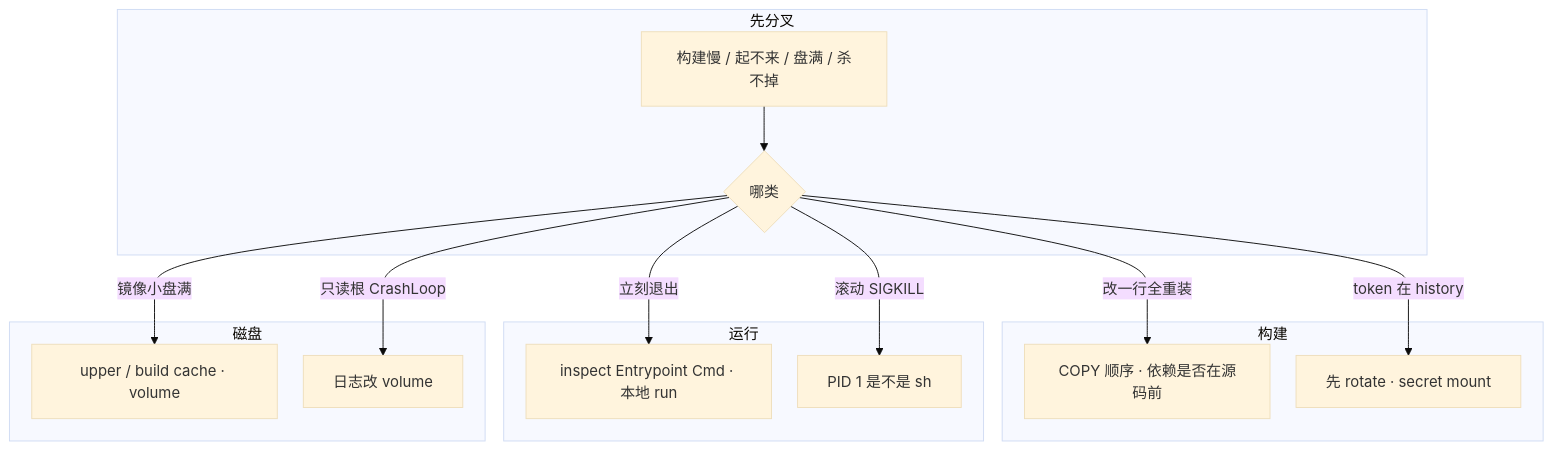
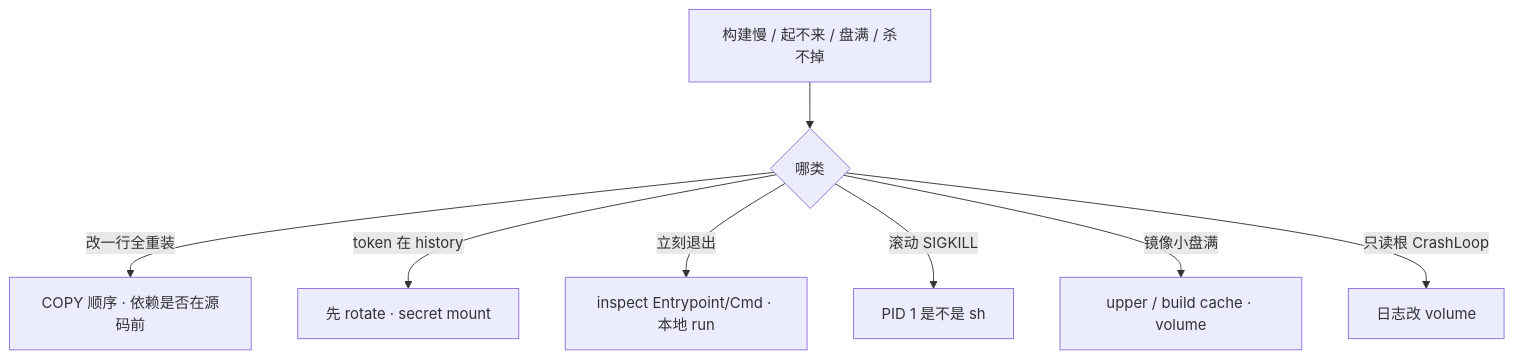
Before and after one commit to ml-cuizijun/LearnToLilith: the third of 3 diagrams in 04-工程化与自动化/02-Docker深度/知识点.md, drawn with Mermaid. The commit also changed other lines of this file and 178 other files, not shown here.

````diff
--- a/04-工程化与自动化/02-Docker深度/知识点.md
+++ b/04-工程化与自动化/02-Docker深度/知识点.md
@@ -594,26 +418,10 @@
 ```mermaid
-%%{init: {"flowchart": {"padding": 16, "nodeSpacing": 28, "rankSpacing": 48}, "theme": "base"}}%%
 flowchart TB
-    subgraph gate ["先分叉"]
-        A[构建慢 / 起不来 / 盘满 / 杀不掉] --> B{哪类}
-    end
-
-    subgraph cache ["构建"]
-        B -->|改一行全重装| C[COPY 顺序 · 依赖是否在源码前]
-        B -->|token 在 history| D[先 rotate · secret mount]
-    end
-
-    subgraph run ["运行"]
-        B -->|立刻退出| E[inspect Entrypoint Cmd · 本地 run]
-        B -->|滚动 SIGKILL| F[PID 1 是不是 sh]
-    end
-
-    subgraph disk ["磁盘"]
-        B -->|镜像小盘满| G[upper / build cache · volume]
-        B -->|只读根 CrashLoop| H[日志改 volume]
-    end
-
-    class C,E,G a
-    class D,F,H b
-
+    A[构建慢 / 起不来 / 盘满 / 杀不掉] --> B{哪类}
+    B -->|改一行全重装| C[COPY 顺序 · 依赖是否在源码前]
+    B -->|token 在 history| D[先 rotate · secret mount]
+    B -->|立刻退出| E[inspect Entrypoint/Cmd · 本地 run]
+    B -->|滚动 SIGKILL| F[PID 1 是不是 sh]
+    B -->|镜像小盘满| G[upper / build cache · volume]
+    B -->|只读根 CrashLoop| H[日志改 volume]
 ```
````
